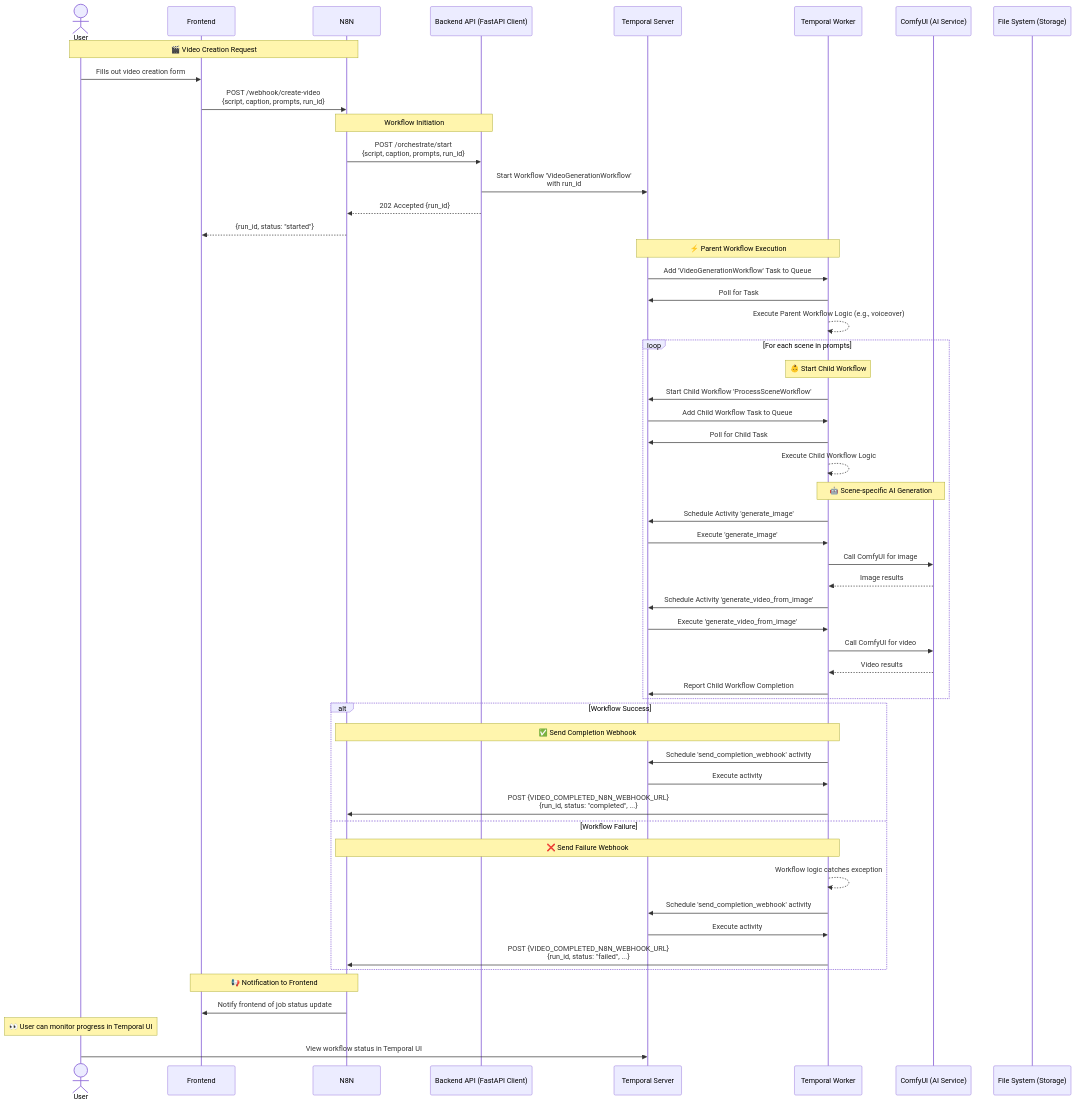
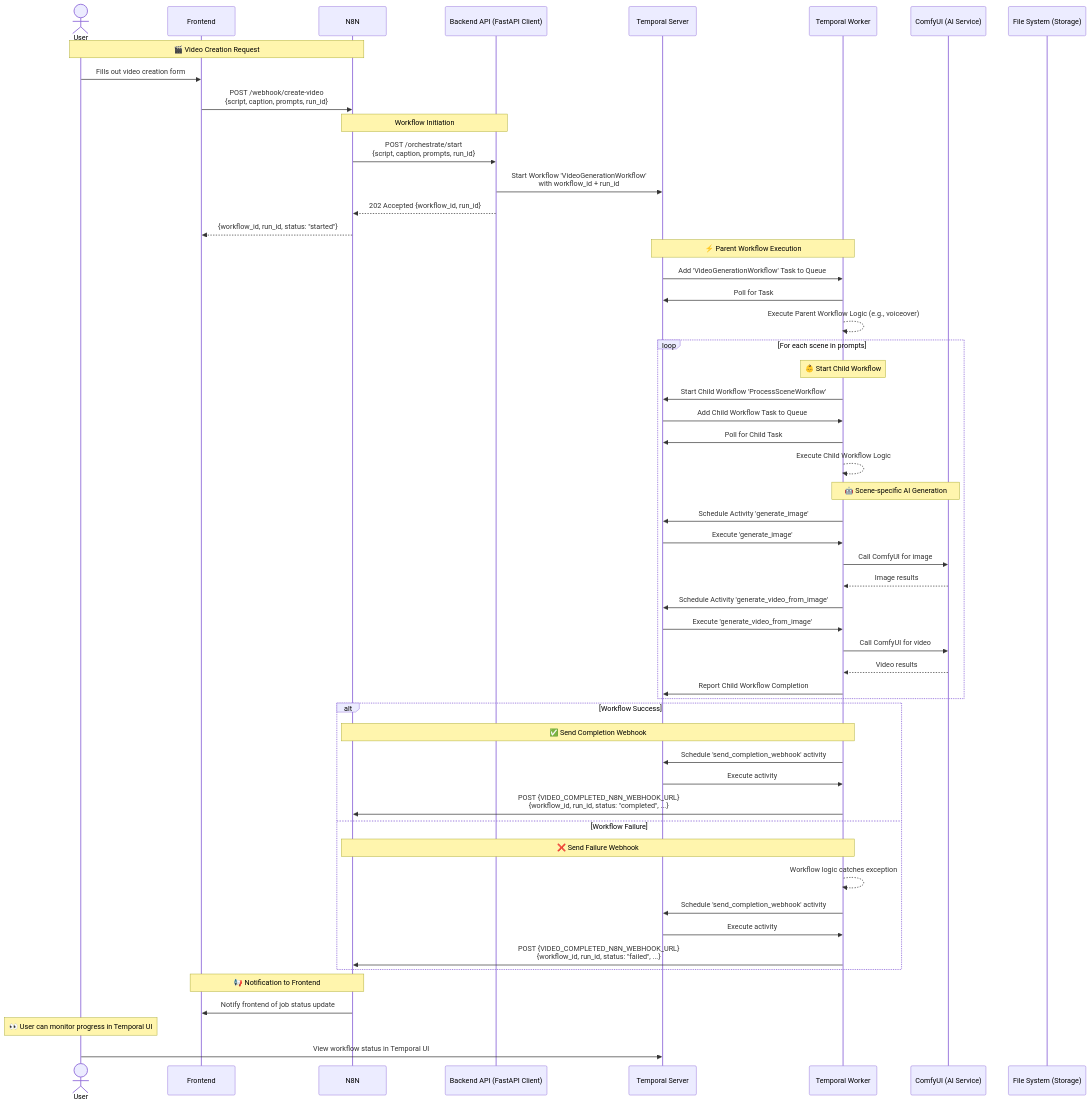
Before and after one commit to felipecaldas/edit-videos: the first of 2 diagrams in docs/VIDEO_PROCESSING_SEQUENCE_DIAGRAM.md, drawn with Mermaid. The commit also changed other lines of this file and 7 other files, not shown here.

````diff
--- a/docs/VIDEO_PROCESSING_SEQUENCE_DIAGRAM.md
+++ b/docs/VIDEO_PROCESSING_SEQUENCE_DIAGRAM.md
@@ -3,66 +3,66 @@
 ```mermaid
 sequenceDiagram
     actor U as User
     participant F as Frontend
     participant N as N8N
     participant B as Backend API (FastAPI Client)
     participant T as Temporal Server
     participant TW as Temporal Worker
     participant C as ComfyUI (AI Service)
     participant FS as File System (Storage)
 
     Note over U,N: 🎬 Video Creation Request
     U->>F: Fills out video creation form
     F->>N: POST /webhook/create-video<br/>{script, caption, prompts, run_id}
 
     Note over N,B:  Workflow Initiation
     N->>B: POST /orchestrate/start<br/>{script, caption, prompts, run_id}
-    B->>T: Start Workflow 'VideoGenerationWorkflow'<br/>with run_id
-    B-->>N: 202 Accepted {run_id}
-    N-->>F: {run_id, status: "started"}
+    B->>T: Start Workflow 'VideoGenerationWorkflow'<br/>with workflow_id + run_id
+    B-->>N: 202 Accepted {workflow_id, run_id}
+    N-->>F: {workflow_id, run_id, status: "started"}
 
     Note over T,TW: ⚡ Parent Workflow Execution
     T->>TW: Add 'VideoGenerationWorkflow' Task to Queue
     TW->>T: Poll for Task
     TW-->>TW: Execute Parent Workflow Logic (e.g., voiceover)
 
     loop For each scene in prompts
         Note over TW: 👶 Start Child Workflow
         TW->>T: Start Child Workflow 'ProcessSceneWorkflow'
         T->>TW: Add Child Workflow Task to Queue
         TW->>T: Poll for Child Task
         TW-->>TW: Execute Child Workflow Logic
 
         Note over TW,C: 🤖 Scene-specific AI Generation
         TW->>T: Schedule Activity 'generate_image'
         T->>TW: Execute 'generate_image'
         TW->>C: Call ComfyUI for image
         C-->>TW: Image results
         TW->>T: Schedule Activity 'generate_video_from_image'
         T->>TW: Execute 'generate_video_from_image'
         TW->>C: Call ComfyUI for video
         C-->>TW: Video results
 
         TW->>T: Report Child Workflow Completion
     end
 
     alt Workflow Success
         Note over TW,N: ✅ Send Completion Webhook
         TW->>T: Schedule 'send_completion_webhook' activity
         T->>TW: Execute activity
-        TW->>N: POST {VIDEO_COMPLETED_N8N_WEBHOOK_URL}<br/>{run_id, status: "completed", ...}
+        TW->>N: POST {VIDEO_COMPLETED_N8N_WEBHOOK_URL}<br/>{workflow_id, run_id, status: "completed", ...}
 
     else Workflow Failure
         Note over TW,N: ❌ Send Failure Webhook
         TW-->>TW: Workflow logic catches exception
         TW->>T: Schedule 'send_completion_webhook' activity
         T->>TW: Execute activity
-        TW->>N: POST {VIDEO_COMPLETED_N8N_WEBHOOK_URL}<br/>{run_id, status: "failed", ...}
+        TW->>N: POST {VIDEO_COMPLETED_N8N_WEBHOOK_URL}<br/>{workflow_id, run_id, status: "failed", ...}
     end
 
     Note over N,F: 📢 Notification to Frontend
     N->>F: Notify frontend of job status update
 
     Note over U: 👀 User can monitor progress in Temporal UI
     U->>T: View workflow status in Temporal UI
 ```
````
